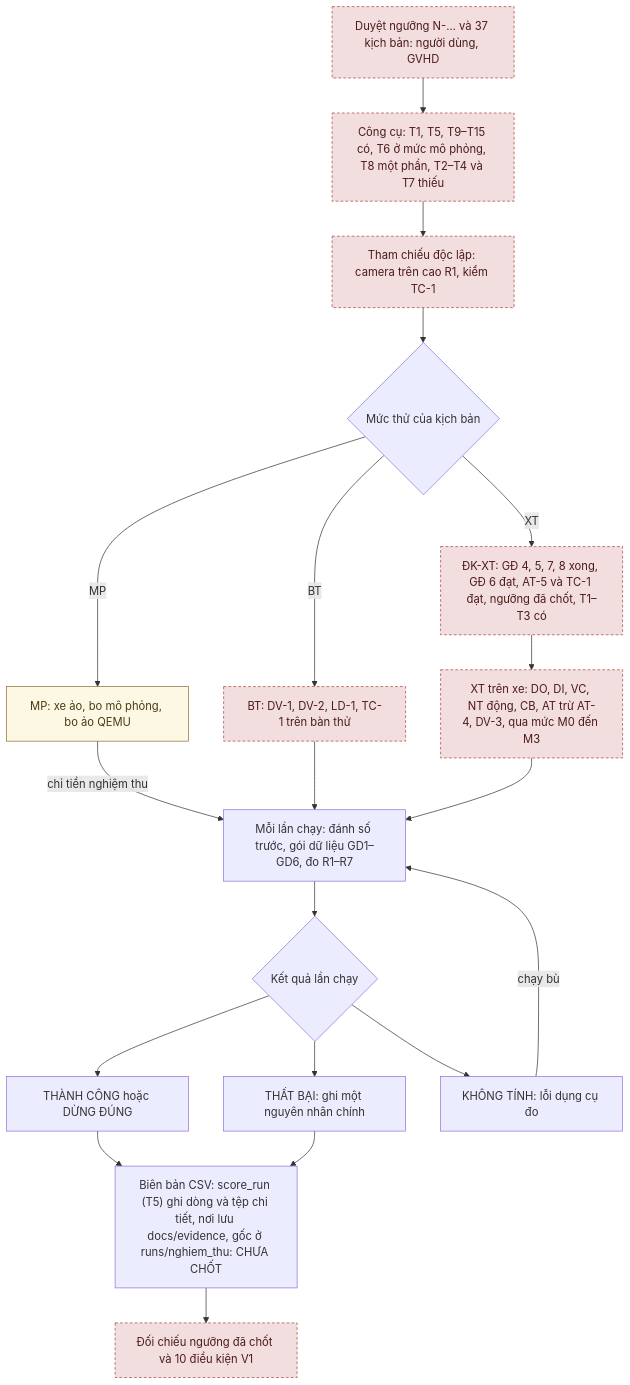
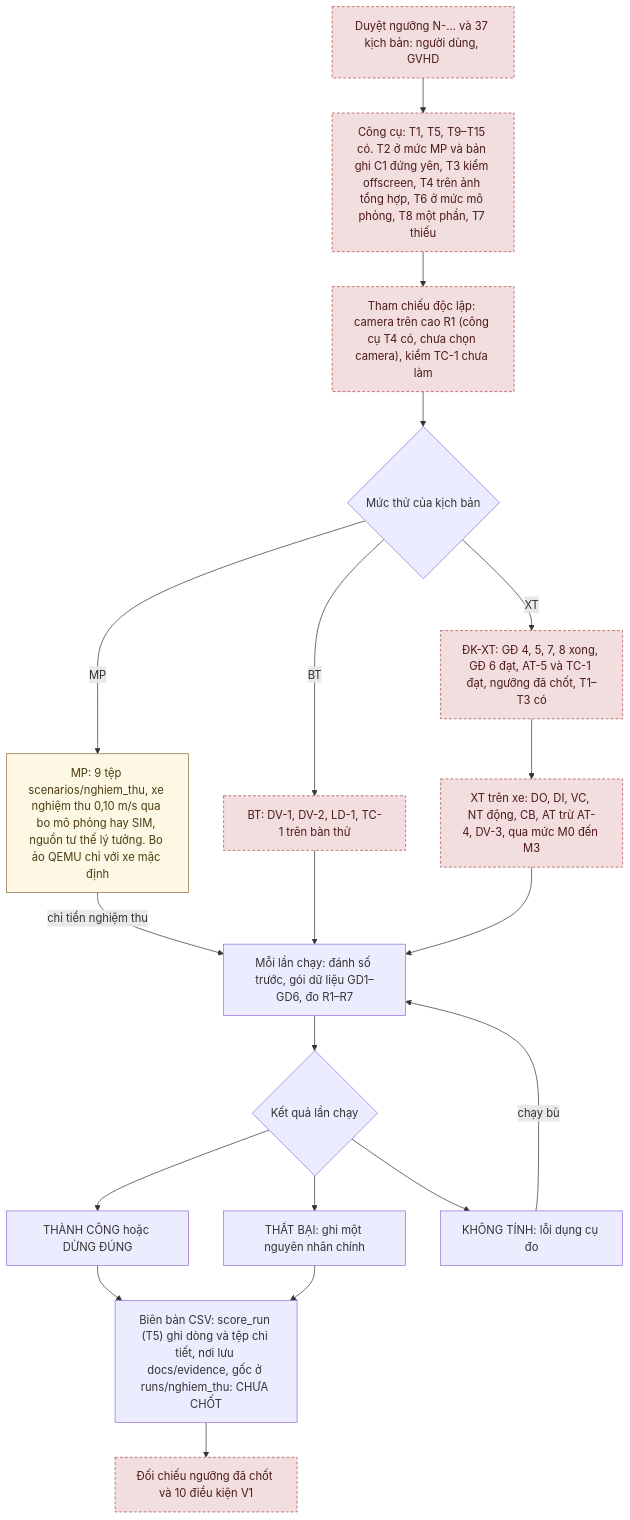
Diagram 46 of 50 in autopark/docs/SO_DO_HE_THONG.md (thbn12082/autopark), drawn with Mermaid before and after one commit. The commit also changed other lines of this file and 223 other files, not shown here.

````diff
--- a/autopark/docs/SO_DO_HE_THONG.md
+++ b/autopark/docs/SO_DO_HE_THONG.md
@@ -2541,38 +2918,38 @@
 ```mermaid
 flowchart TD
     A["Duyệt ngưỡng N-… và 37 kịch bản: người dùng, GVHD"]
-    B["Công cụ: T1, T5, T9–T15 có, T6 ở mức mô phỏng, T8 một phần, T2–T4 và T7 thiếu"]
-    C["Tham chiếu độc lập: camera trên cao R1, kiểm TC-1"]
+    B["Công cụ: T1, T5, T9–T15 có. T2 ở mức MP và bản ghi C1 đứng yên, T3 kiểm offscreen, T4 trên ảnh tổng hợp, T6 ở mức mô phỏng, T8 một phần, T7 thiếu"]
+    C["Tham chiếu độc lập: camera trên cao R1 (công cụ T4 có, chưa chọn camera), kiểm TC-1 chưa làm"]
     D{"Mức thử của kịch bản"}
-    MP["MP: xe ảo, bo mô phỏng, bo ảo QEMU"]
+    MP["MP: 9 tệp scenarios/nghiem_thu, xe nghiệm thu 0,10 m/s qua bo mô phỏng hay SIM, nguồn tư thế lý tưởng. Bo ảo QEMU chỉ với xe mặc định"]
     BT["BT: DV-1, DV-2, LD-1, TC-1 trên bàn thử"]
     E["ĐK-XT: GĐ 4, 5, 7, 8 xong, GĐ 6 đạt, AT-5 và TC-1 đạt, ngưỡng đã chốt, T1–T3 có"]
     XT["XT trên xe: DO, DI, VC, NT động, CB, AT trừ AT-4, DV-3, qua mức M0 đến M3"]
     F["Mỗi lần chạy: đánh số trước, gói dữ liệu GD1–GD6, đo R1–R7"]
     G{"Kết quả lần chạy"}
     H1["THÀNH CÔNG hoặc DỪNG ĐÚNG"]
     H2["THẤT BẠI: ghi một nguyên nhân chính"]
     H3["KHÔNG TÍNH: lỗi dụng cụ đo"]
     I["Biên bản CSV: score_run (T5) ghi dòng và tệp chi tiết, nơi lưu docs/evidence, gốc ở runs/nghiem_thu: CHƯA CHỐT"]
     J["Đối chiếu ngưỡng đã chốt và 10 điều kiện V1"]
     A --> B --> C --> D
     D -->|MP| MP
     D -->|BT| BT
     D -->|XT| E --> XT
     MP -->|chỉ tiền nghiệm thu| F
     BT --> F
     XT --> F
     F --> G
     G --> H1
     G --> H2
     G --> H3
     H1 --> I
     H2 --> I
     H3 -->|chạy bù| F
     I --> J
     classDef daco fill:#dff0d8,stroke:#3c763d,color:#1b3a1b
     classDef giaLap fill:#fcf8e3,stroke:#8a6d3b,color:#4d3b12
     classDef chuaLam fill:#f2dede,stroke:#a94442,color:#4d1a1a,stroke-dasharray: 4 3
     class MP giaLap
     class A,B,C,BT,E,XT,J chuaLam
 ```
````
